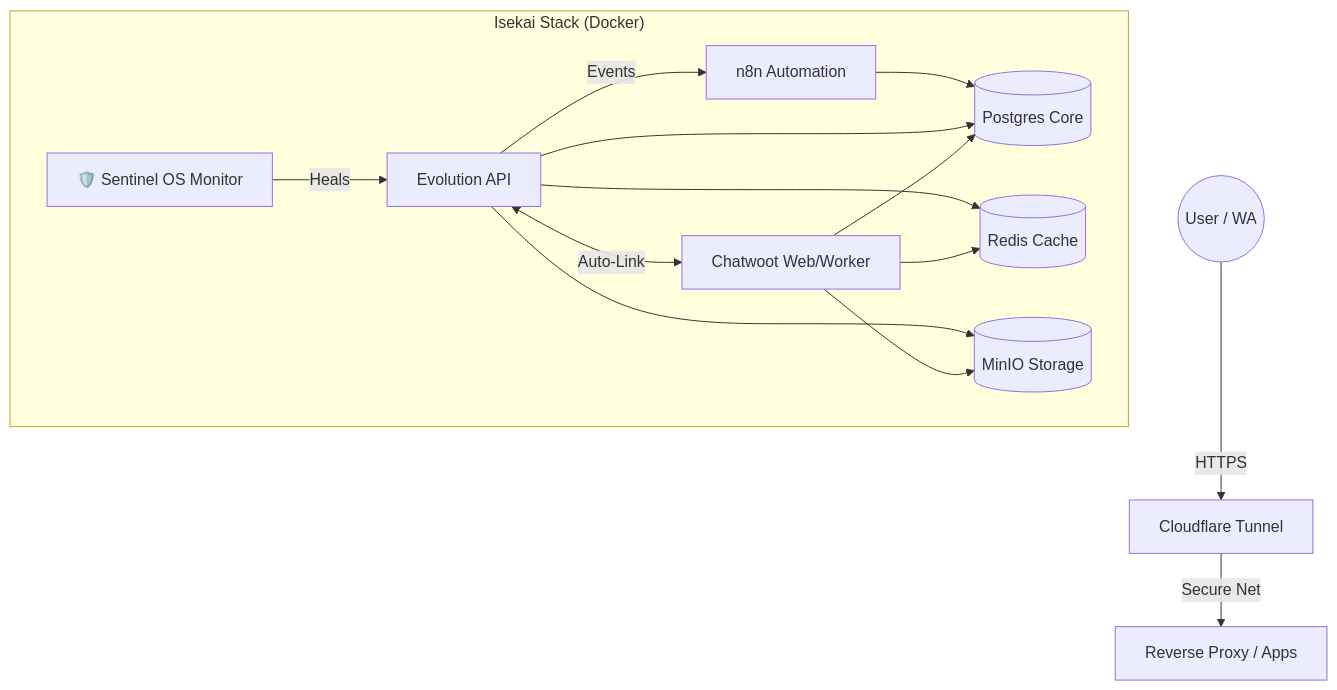
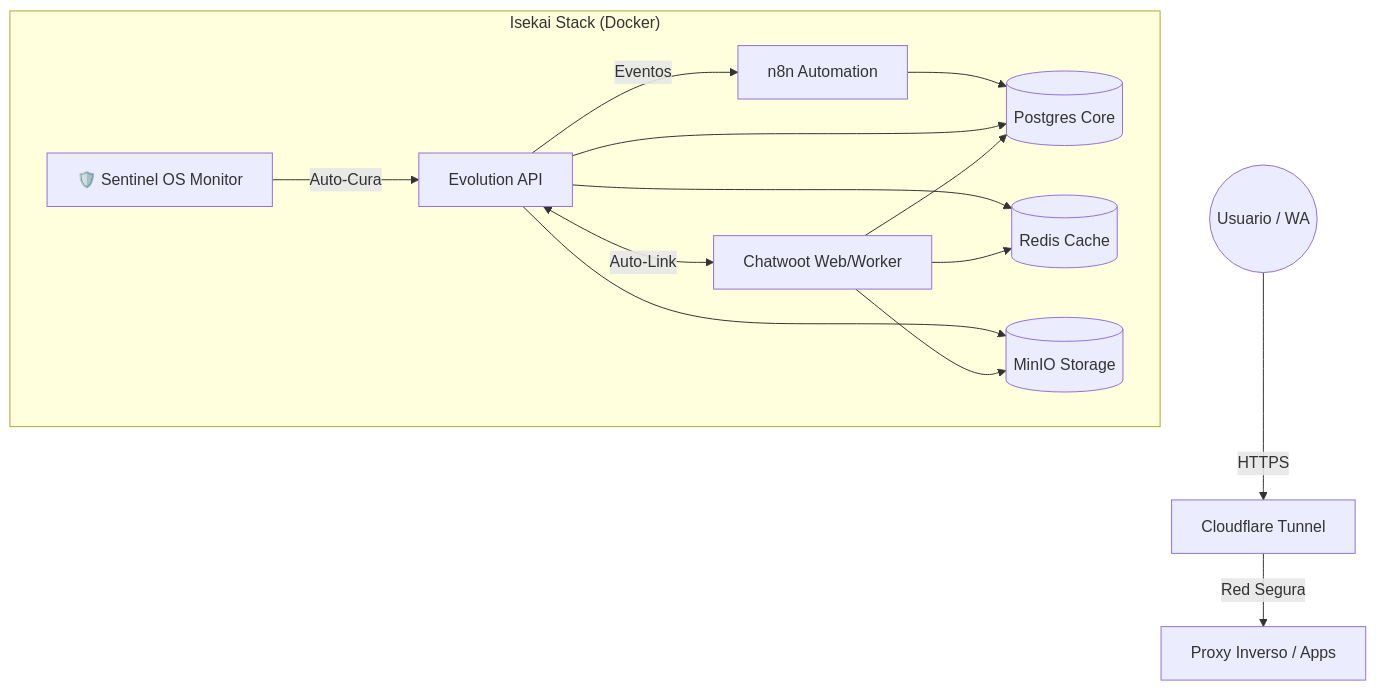
The diagram in README.md (HackUN09/chatbot-stack), drawn with Mermaid before and after one commit. The commit also changed other lines of this file, not shown here.

````diff
--- a/README.md
+++ b/README.md
@@ -35,25 +35,25 @@
 ```mermaid
 graph TD
-    user((User / WA)) -->|HTTPS| cloudflare[Cloudflare Tunnel]
-    cloudflare -->|Secure Net| nginx[Reverse Proxy / Apps]
+    user((Usuario / WA)) -->|HTTPS| cloudflare[Cloudflare Tunnel]
+    cloudflare -->|Red Segura| nginx[Proxy Inverso / Apps]
     
     subgraph "Isekai Stack (Docker)"
         evolution[Evolution API]
         chatwoot[Chatwoot Web/Worker]
         n8n[n8n Automation]
         
         sentinel[🛡️ Sentinel OS Monitor]
         
         db[(Postgres Core)]
         redis[(Redis Cache)]
         minio[(MinIO Storage)]
         
         evolution <-->|Auto-Link| chatwoot
-        evolution -->|Events| n8n
-        sentinel -->|Heals| evolution
+        evolution -->|Eventos| n8n
+        sentinel -->|Auto-Cura| evolution
         
         chatwoot --> db & redis & minio
         evolution --> db & redis & minio
         n8n --> db
     end
 ```
````
